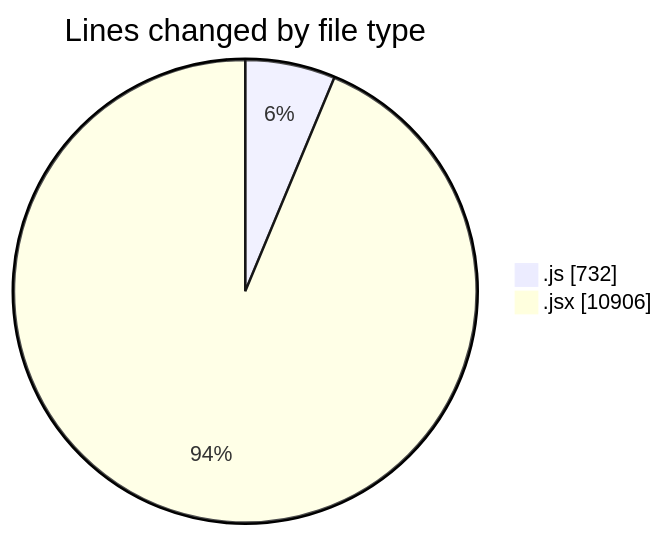
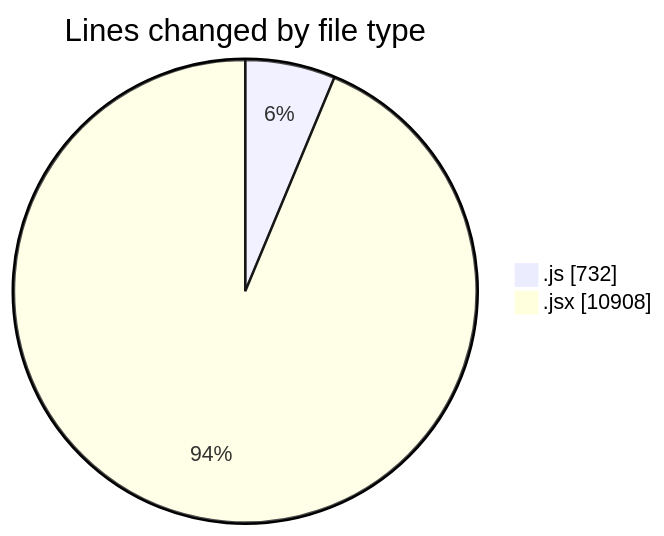
One commit to nxtqubesakshisongat/code-tracking changed the first of 2 diagrams in 2025-07-28/nxtqube_webapp/README.md. Above: the diagram before and after it, drawn with Mermaid. The commit also changed other lines of this file and 1 other file, not shown here.

````diff
--- a/2025-07-28/nxtqube_webapp/README.md
+++ b/2025-07-28/nxtqube_webapp/README.md
@@ -47,6 +47,6 @@
 ```mermaid
 pie showData
 title Lines changed by file type
 ".js" : 732
-".jsx" : 10906
+".jsx" : 10908
 ```
````
